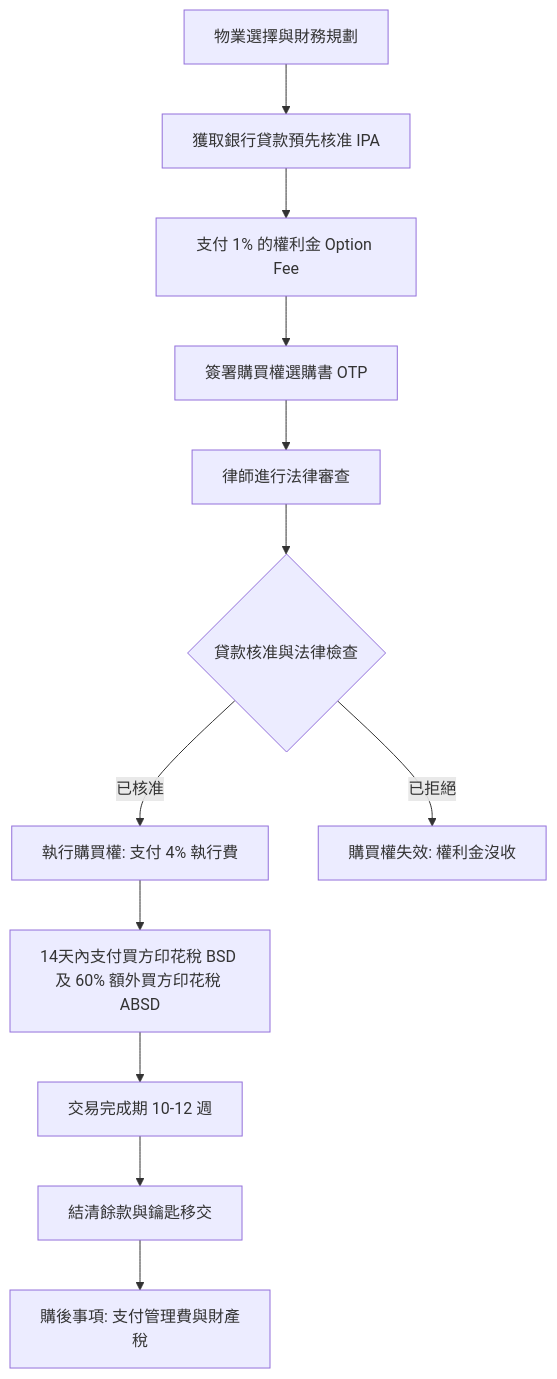
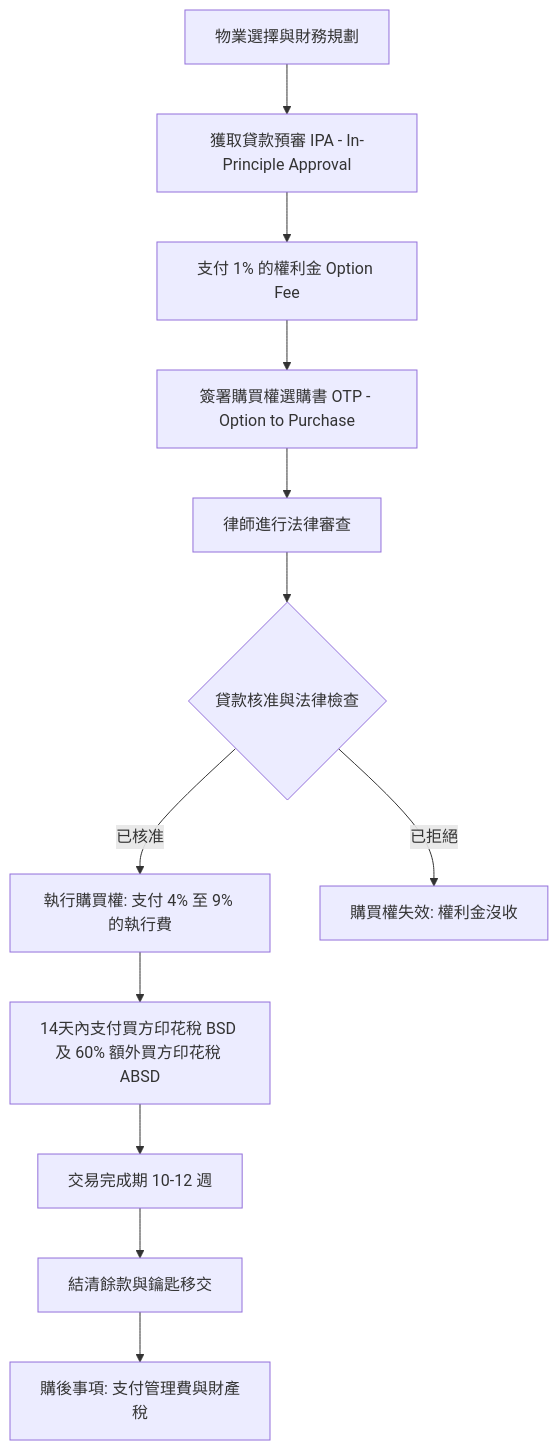
The diagram in research/sg/document_2b.md (pizzlemank/tj_research), drawn with Mermaid before and after one commit. The commit also changed other lines of this file and 6 other files, not shown here.

````diff
--- a/research/sg/document_2b.md
+++ b/research/sg/document_2b.md
@@ -59,14 +60,14 @@
 ```mermaid
 graph TD
-    A[物業選擇與財務規劃] --> B[獲取銀行貸款預先核准 IPA]
+    A[物業選擇與財務規劃] --> B[獲取貸款預審 IPA - In-Principle Approval]
     B --> C[支付 1% 的權利金 Option Fee]
-    C --> D[簽署購買權選購書 OTP]
+    C --> D[簽署購買權選購書 OTP - Option to Purchase]
     D --> E[律師進行法律審查]
     E --> F{貸款核准與法律檢查}
-    F -- 已核准 --> G[執行購買權: 支付 4% 執行費]
+    F -- 已核准 --> G[執行購買權: 支付 4% 至 9% 的執行費]
     F -- 已拒絕 --> Z[購買權失效: 權利金沒收]
     G --> H[14天內支付買方印花稅 BSD 及 60% 額外買方印花稅 ABSD]
     H --> I[交易完成期 10-12 週]
     I --> J[結清餘款與鑰匙移交]
     J --> K[購後事項: 支付管理費與財產稅]
 ```
````
